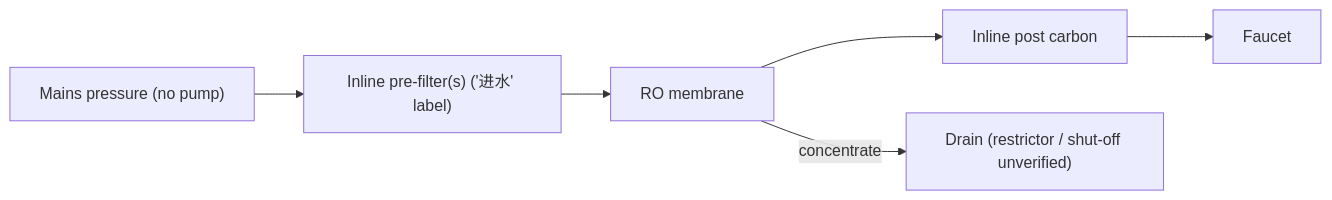
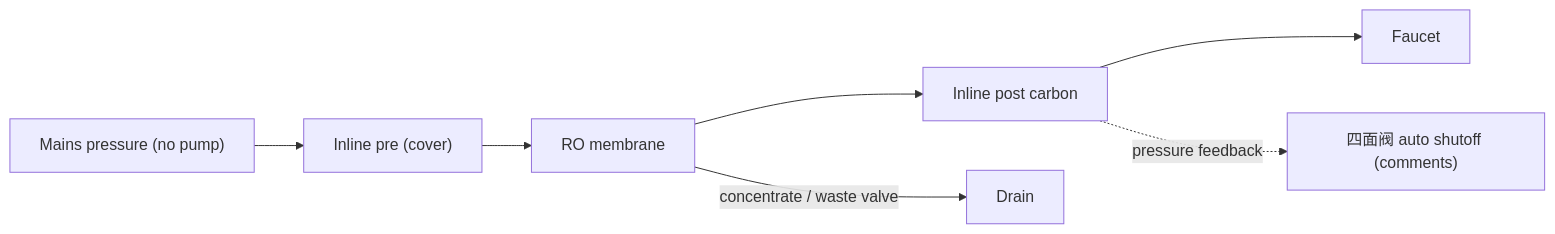
One commit to BassShang/diy-ro-water-purifier changed the diagram in research/videos/13-BV1dCXLYVEZC.md. Above: the diagram before and after it, drawn with Mermaid. The commit also changed other lines of this file and 1 other file, not shown here.

````diff
--- a/research/videos/13-BV1dCXLYVEZC.md
+++ b/research/videos/13-BV1dCXLYVEZC.md
@@ -24,6 +29,7 @@
 ```mermaid
 flowchart LR
-  IN["Mains pressure (no pump)"] --> PRE["Inline pre-filter(s) ('进水' label)"] --> RO["RO membrane"]
+  IN["Mains pressure (no pump)"] --> PRE["Inline pre (cover)"] --> RO["RO membrane"]
   RO --> POST["Inline post carbon"] --> F["Faucet"]
-  RO -- concentrate --> DR["Drain (restrictor / shut-off unverified)"]
+  RO -- concentrate / waste valve --> DR["Drain"]
+  POST -. "pressure feedback" .-> FV["四面阀 auto shutoff (comments)"]
 ```
````
